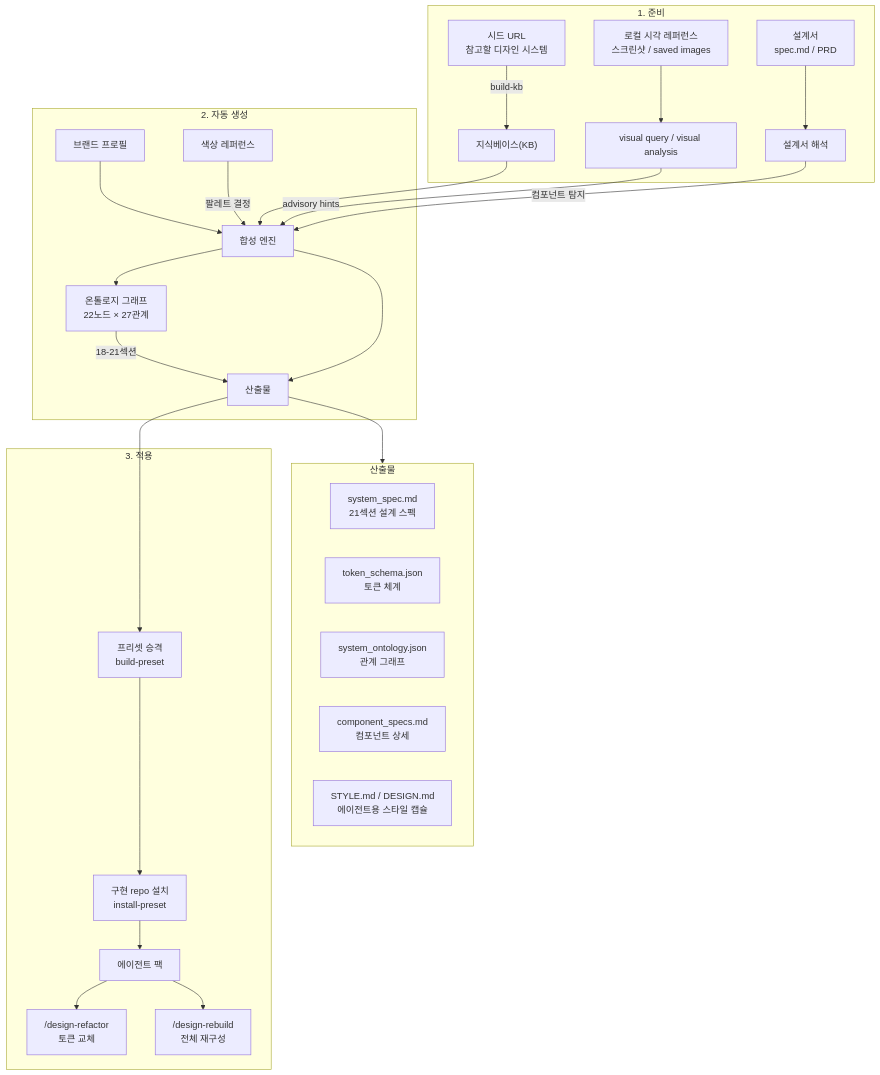
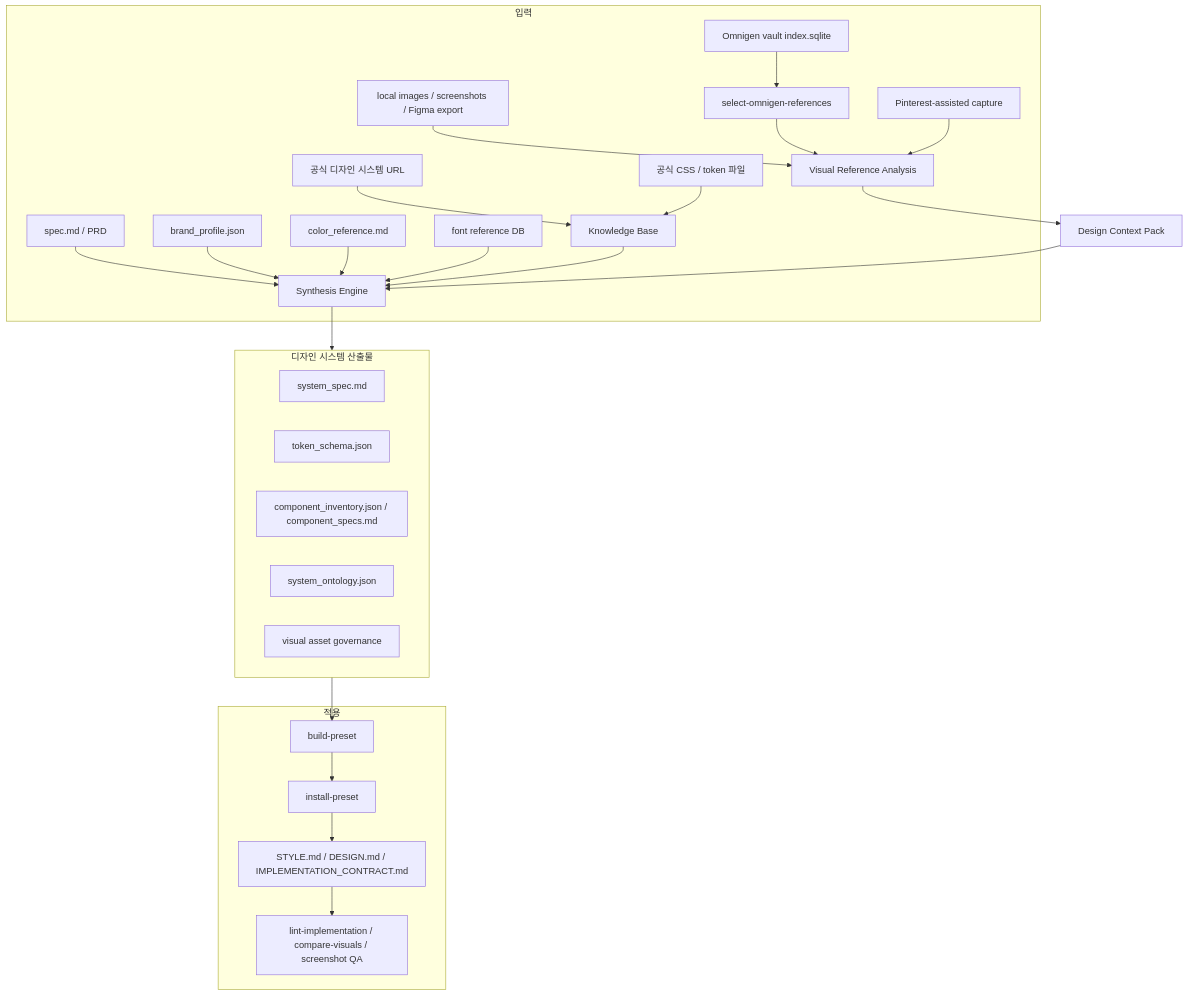
One commit to 2000silpeed/design-ontology-harness changed the diagram in README.md. Above: the diagram before and after it, drawn with Mermaid. The commit also changed other lines of this file and 16 other files, not shown here.

Commit message:
feat: add omnigen visual reference workflow

````diff
--- a/README.md
+++ b/README.md
@@ -31,37 +49,38 @@
 ```mermaid
 flowchart TB
-    subgraph PREPARE["1. 준비"]
-        SEED["시드 URL\n참고할 디자인 시스템"] -->|build-kb| KB["지식베이스(KB)"]
-        VISUAL_REF["로컬 시각 레퍼런스\n스크린샷 / saved images"] --> VISUAL_PREP["visual query / visual analysis"]
-        SPEC["설계서\nspec.md / PRD"] --> ANALYZE["설계서 해석"]
+    subgraph INPUT["입력"]
+        SEEDS["공식 디자인 시스템 URL"] --> KB["Knowledge Base"]
+        CSS["공식 CSS / token 파일"] --> KB
+        SPEC["spec.md / PRD"] --> SYNTH["Synthesis Engine"]
+        BRAND["brand_profile.json"] --> SYNTH
+        COLOR["color_reference.md"] --> SYNTH
+        FONT["font reference DB"] --> SYNTH
+        IMAGES["local images / screenshots / Figma export"] --> VISUAL["Visual Reference Analysis"]
+        OMNI["Omnigen vault index.sqlite"] --> SELECT["select-omnigen-references"]
+        SELECT --> VISUAL
+        PIN["Pinterest-assisted capture"] --> VISUAL
     end
 
-    subgraph GENERATE["2. 자동 생성"]
-        KB --> SYNTH["합성 엔진"]
-        BRAND["브랜드 프로필"] --> SYNTH
-        VISUAL_PREP -->|advisory hints| SYNTH
-        ANALYZE -->|컴포넌트 탐지| SYNTH
-        COLOR_REF["색상 레퍼런스"] -->|팔레트 결정| SYNTH
-        SYNTH --> GRAPH["온톨로지 그래프\n22노드 × 27관계"]
-        SYNTH --> OUTPUT["산출물"]
-        GRAPH -->|18-21섹션| OUTPUT
+    KB --> SYNTH
+    VISUAL --> CONTEXT["Design Context Pack"]
+    CONTEXT --> SYNTH
+
+    subgraph OUTPUT["디자인 시스템 산출물"]
+        SPECOUT["system_spec.md"]
+        TOKENS["token_schema.json"]
+        COMPS["component_inventory.json / component_specs.md"]
+        GRAPH["system_ontology.json"]
+        ASSETS["visual asset governance"]
     end
 
-    subgraph OUTPUT_DETAIL["산출물"]
-        SYS_SPEC["system_spec.md\n21섹션 설계 스펙"]
-        TOKEN["token_schema.json\n토큰 체계"]
-        ONTOLOGY["system_ontology.json\n관계 그래프"]
-        COMP_SPEC["component_specs.md\n컴포넌트 상세"]
-        STYLE["STYLE.md / DESIGN.md\n에이전트용 스타일 캡슐"]
+    SYNTH --> OUTPUT
+
+    subgraph APPLY["적용"]
+        PRESET["build-preset"]
+        INSTALL["install-preset"]
+        AGENT["STYLE.md / DESIGN.md / IMPLEMENTATION_CONTRACT.md"]
+        QA["lint-implementation / compare-visuals / screenshot QA"]
     end
 
-    subgraph APPLY["3. 적용"]
-        OUTPUT --> PRESET["프리셋 승격\nbuild-preset"]
-        PRESET --> INSTALL["구현 repo 설치\ninstall-preset"]
-        INSTALL --> AGENT_PACK["에이전트 팩"]
-        AGENT_PACK --> REFACTOR["/design-refactor\n토큰 교체"]
-        AGENT_PACK --> REBUILD["/design-rebuild\n전체 재구성"]
-    end
-
-    OUTPUT --> OUTPUT_DETAIL
+    OUTPUT --> PRESET --> INSTALL --> AGENT --> QA
 ```
````
